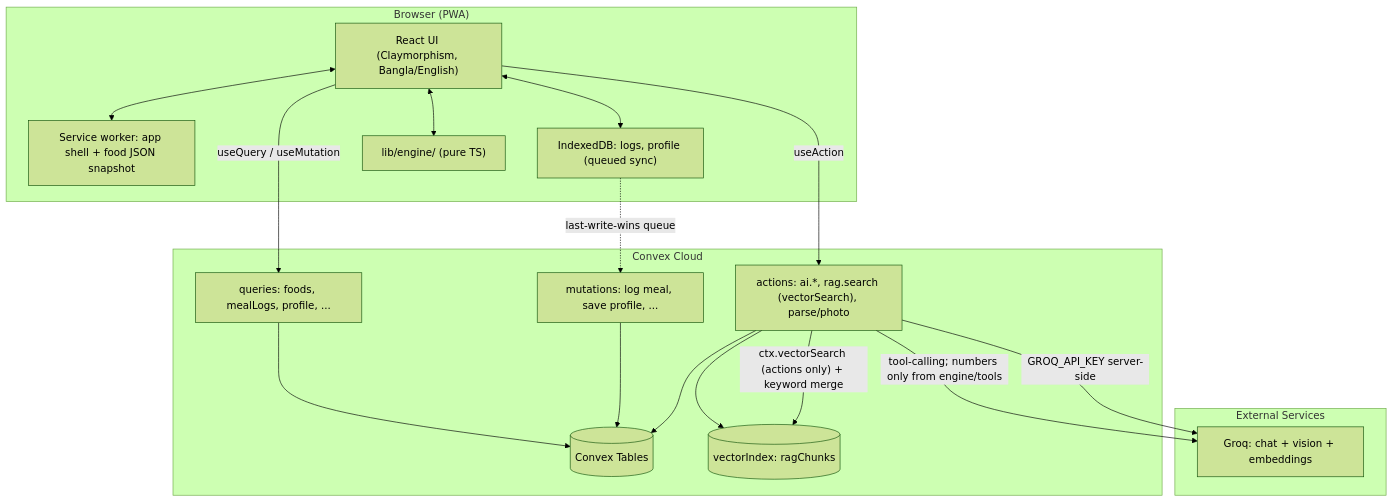
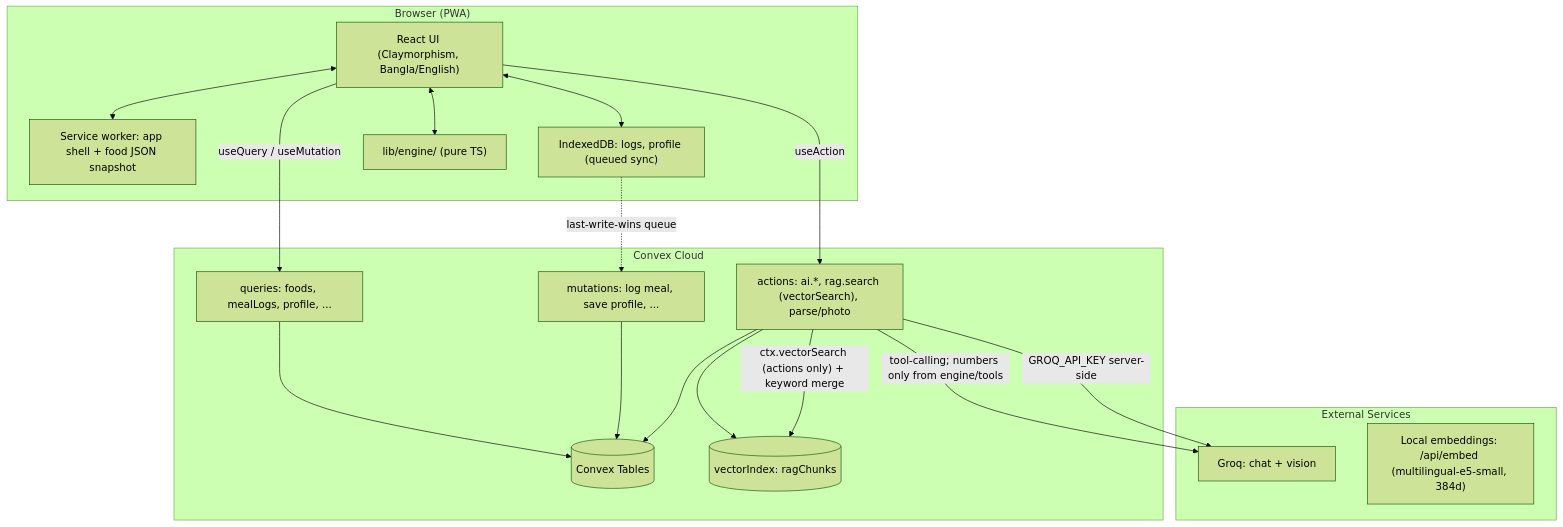
The first of 5 diagrams in docs/ARCHITECTURE.md (Moballig/habitforge), drawn with Mermaid (forest theme) before and after one commit. The commit also changed other lines of this file and 24 other files, not shown here.

````diff
--- a/docs/ARCHITECTURE.md
+++ b/docs/ARCHITECTURE.md
@@ -14,35 +14,36 @@
 ```mermaid
 flowchart TB
     subgraph Client["Browser (PWA)"]
         UI["React UI (Claymorphism, Bangla/English)"]
         SW["Service worker: app shell + food JSON snapshot"]
         IDB["IndexedDB: logs, profile (queued sync)"]
         Eng["lib/engine/ (pure TS)"]
         UI <--> SW
         UI <--> IDB
         UI <--> Eng
     end
 
     subgraph Convex["Convex Cloud"]
         Q["queries: foods, mealLogs, profile, ..."]
         M["mutations: log meal, save profile, ..."]
         A["actions: ai.*, rag.search (vectorSearch), parse/photo"]
         Tables[(Convex Tables)]
         VI[("vectorIndex: ragChunks")]
         Q --> Tables
         M --> Tables
         A --> Tables
         A --> VI
     end
 
     subgraph External["External Services"]
-        GroqAPI["Groq: chat + vision + embeddings"]
+        GroqAPI["Groq: chat + vision"]
+        EmbedAPI["Local embeddings: /api/embed (multilingual-e5-small, 384d)"]
     end
 
     UI -- "useQuery / useMutation" --> Q
     UI -- "useAction" --> A
     A -- "ctx.vectorSearch (actions only) + keyword merge" --> VI
     A -- "tool-calling; numbers only from engine/tools" --> GroqAPI
     A -- "GROQ_API_KEY server-side" --> GroqAPI
     IDB -. "last-write-wins queue" .-> M
 ```
````
